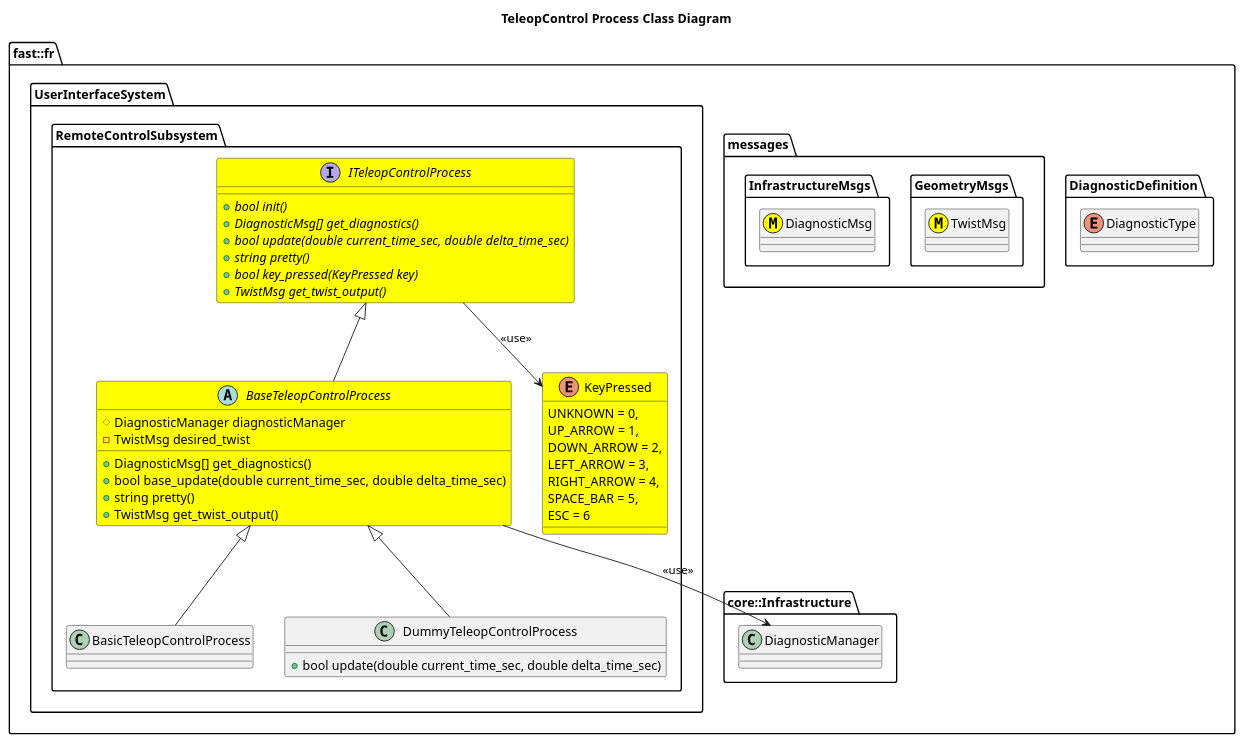
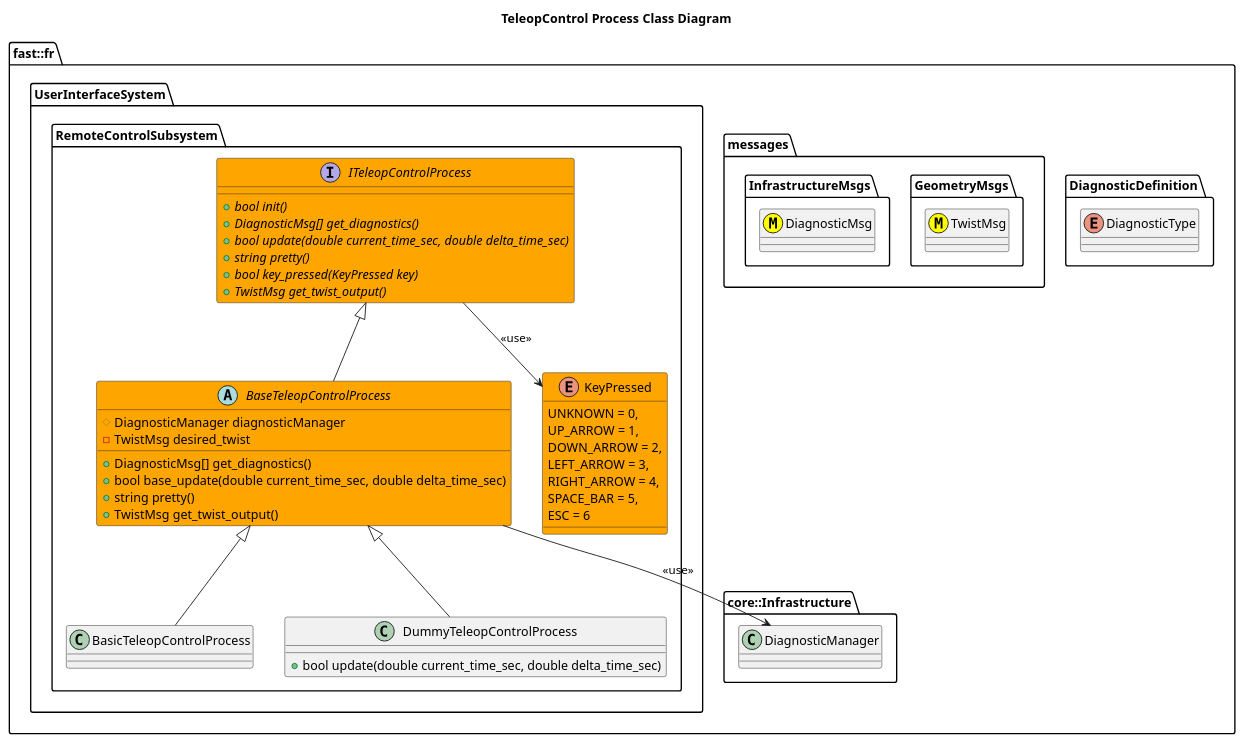
The diagram in Systems/UserInterface/Subsystems/RemoteControl/Processes/TeleopControl/doc/puml/TeleopControlProcessClassDiagram.puml (fastrobotics/robot_framework), drawn with PlantUML before and after one commit. The commit also changed 19 other files, not shown here.

```diff
--- a/Systems/UserInterface/Subsystems/RemoteControl/Processes/TeleopControl/doc/puml/TeleopControlProcessClassDiagram.puml
+++ b/Systems/UserInterface/Subsystems/RemoteControl/Processes/TeleopControl/doc/puml/TeleopControlProcessClassDiagram.puml
@@ -1,59 +1,59 @@
 @startuml
 title TeleopControl Process Class Diagram
 
 namespace fast::fr {
   namespace DiagnosticDefinition {
     enum DiagnosticType
   }
   namespace messages {
     namespace GeometryMsgs {
       class TwistMsg <<(M,#FFFF00)>>
     }
     namespace InfrastructureMsgs {
       class DiagnosticMsg <<(M,#FFFF00)>>
     }
   }
   namespace core::Infrastructure {
     class DiagnosticManager
   }
   namespace UserInterfaceSystem {
     namespace RemoteControlSubsystem {
-      enum KeyPressed #Yellow {
+      enum KeyPressed #Orange {
         UNKNOWN = 0,
         UP_ARROW = 1,
         DOWN_ARROW = 2,
         LEFT_ARROW = 3,
         RIGHT_ARROW = 4,
         SPACE_BAR = 5,
         ESC = 6
       }
-      interface ITeleopControlProcess #Yellow {
+      interface ITeleopControlProcess #Orange {
         +{abstract} bool init()
         +{abstract} DiagnosticMsg[] get_diagnostics()
         +{abstract} bool update(double current_time_sec, double delta_time_sec)
         +{abstract} string pretty()
         +{abstract} bool key_pressed(KeyPressed key)
         +{abstract} TwistMsg get_twist_output()
       }
       ITeleopControlProcess --> KeyPressed: <<use>>
-      abstract BaseTeleopControlProcess #Yellow {
+      abstract BaseTeleopControlProcess #Orange {
         +DiagnosticMsg[] get_diagnostics()
         +bool base_update(double current_time_sec, double delta_time_sec)
         +string pretty()
         #DiagnosticManager diagnosticManager
         +TwistMsg get_twist_output()
         -TwistMsg desired_twist
 
       }
       BaseTeleopControlProcess -up-|> ITeleopControlProcess
       BaseTeleopControlProcess --> DiagnosticManager: <<use>>
       class BasicTeleopControlProcess
       BasicTeleopControlProcess -up-|> BaseTeleopControlProcess
       class DummyTeleopControlProcess {
         +bool update(double current_time_sec, double delta_time_sec)
       }
       DummyTeleopControlProcess -up-|> BaseTeleopControlProcess
     }
   }
 }
 @enduml
```
